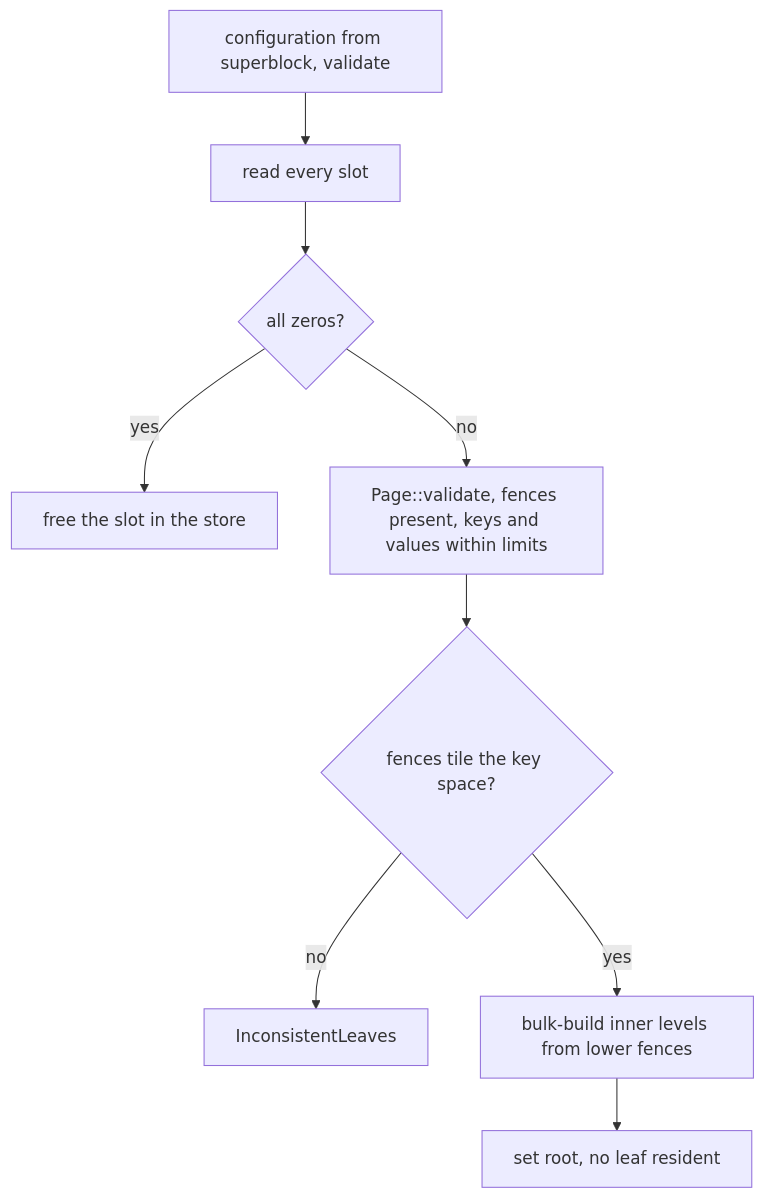
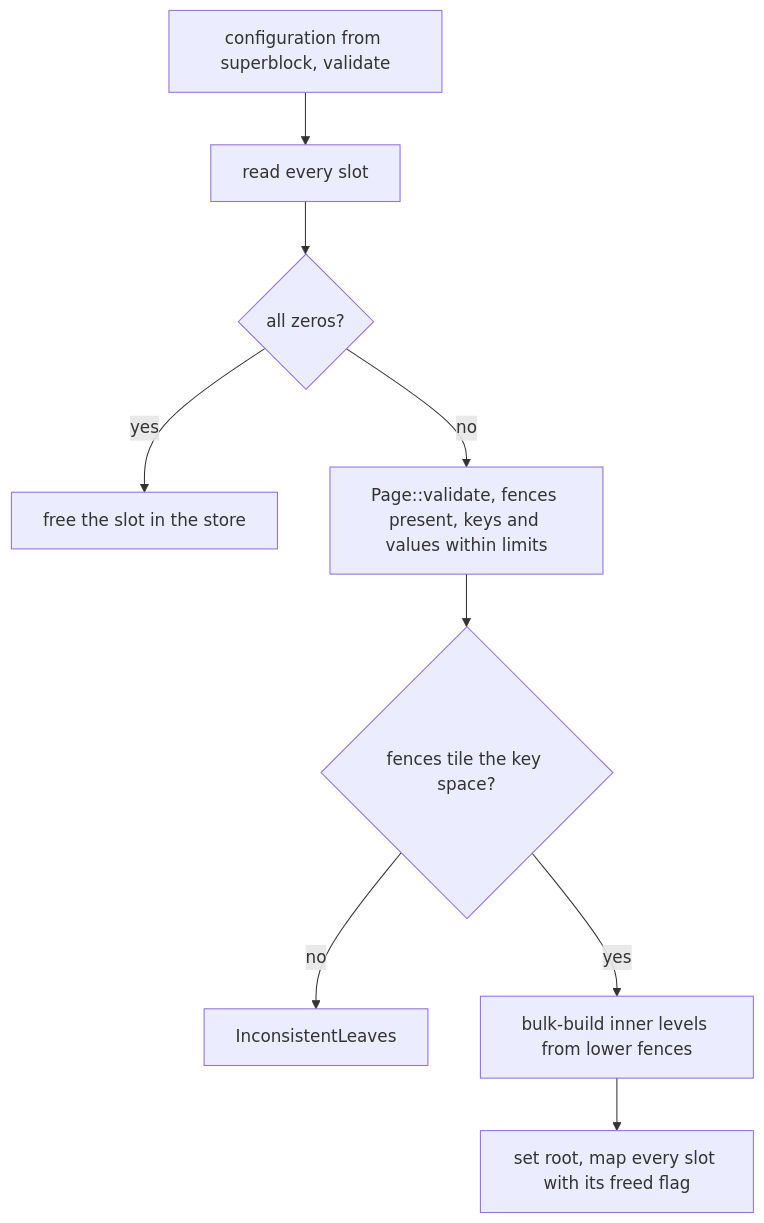
The second of 2 diagrams in docs/design/bf-tree-leaf-store.md (raydatray/peppydb), drawn with Mermaid before and after one commit. The commit also changed other lines of this file and 9 other files, not shown here.

````diff
--- a/docs/design/bf-tree-leaf-store.md
+++ b/docs/design/bf-tree-leaf-store.md
@@ -144,11 +228,11 @@
 ```mermaid
 flowchart TD
     S[configuration from superblock, validate] --> V[read every slot]
     V --> Z{all zeros?}
     Z -->|yes| F[free the slot in the store]
     Z -->|no| P[Page::validate, fences present, keys and values within limits]
     P --> T{fences tile the key space?}
     T -->|no| E[InconsistentLeaves]
     T -->|yes| B[bulk-build inner levels from lower fences]
-    B --> R[set root, no leaf resident]
+    B --> R[set root, map every slot with its freed flag]
 ```
````
